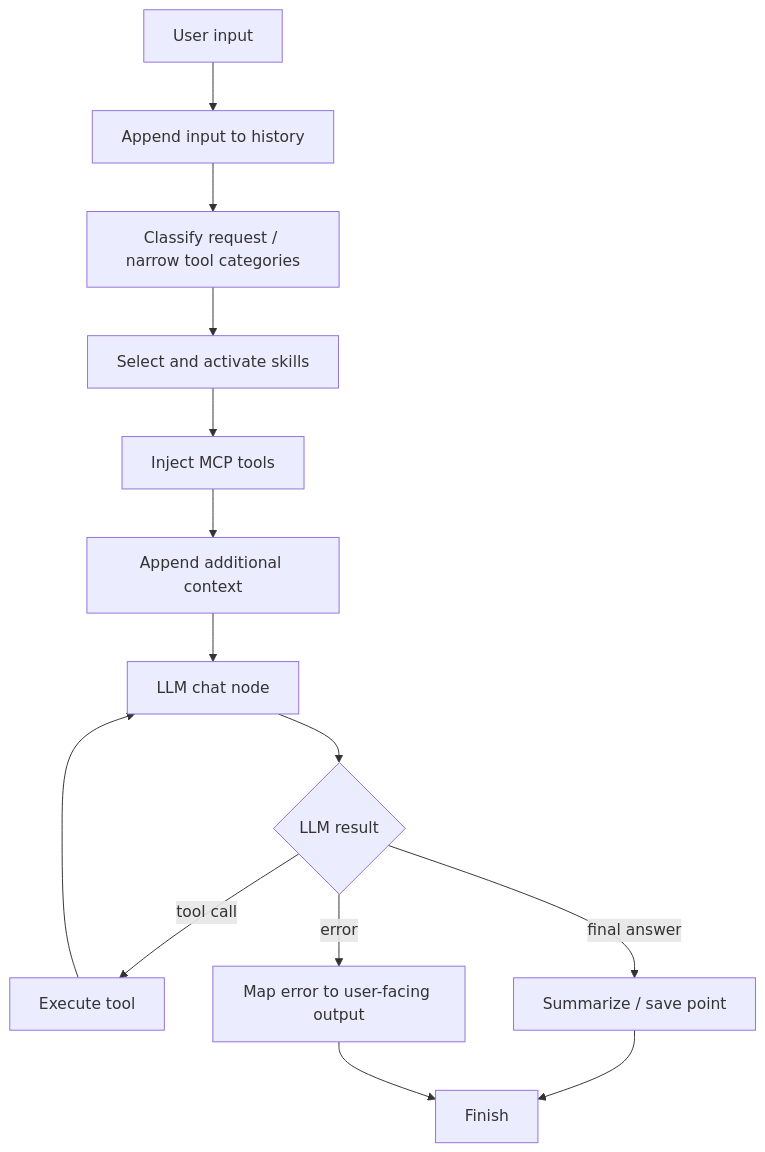
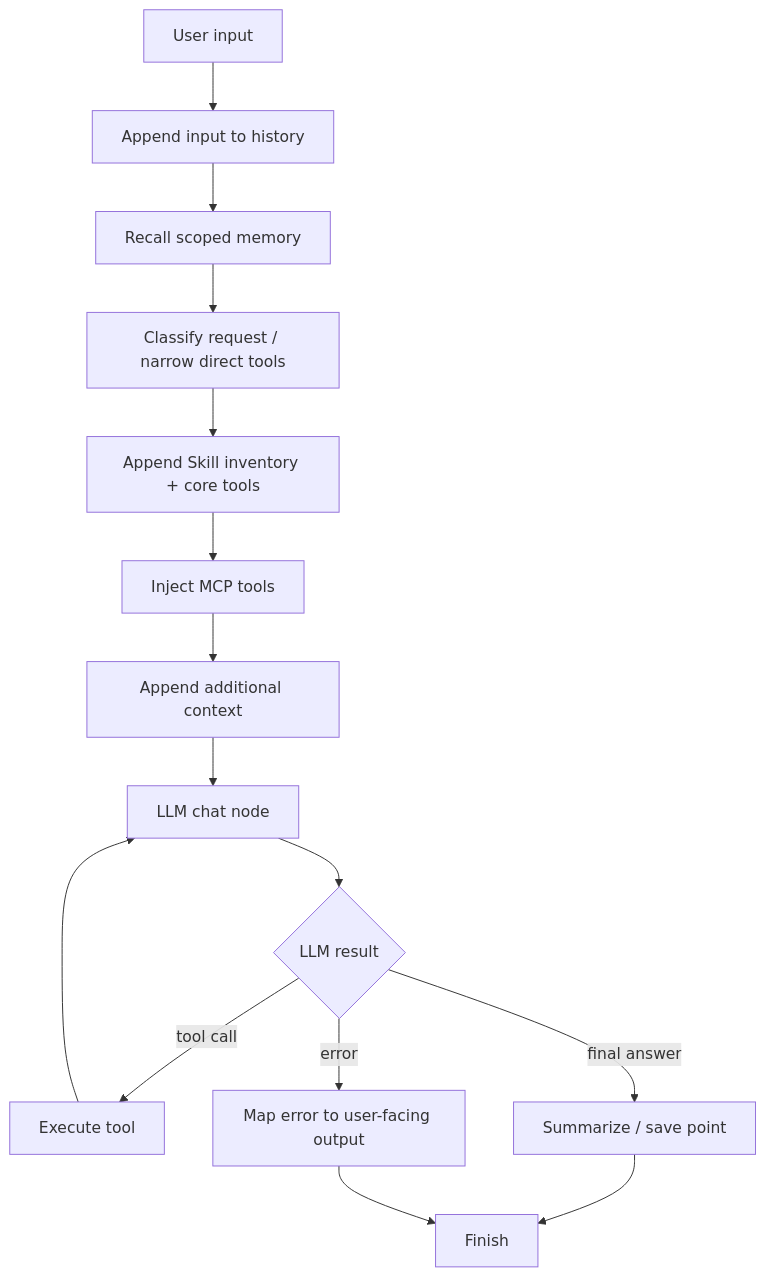
The second of 5 diagrams in README.md (D00mch/souz), drawn with Mermaid before and after one commit. The commit also changed other lines of this file, not shown here.

First line of the commit message:
Update README for current graph skills architecture (#590)

````diff
--- a/README.md
+++ b/README.md
@@ -137,16 +138,17 @@
 ```mermaid
 flowchart TD
     input["User input"] --> history["Append input to history"]
-    history --> classify["Classify request / narrow tool categories"]
-    classify --> skills["Select and activate skills"]
+    history --> memory["Recall scoped memory"]
+    memory --> classify["Classify request / narrow direct tools"]
+    classify --> skills["Append Skill inventory + core tools"]
     skills --> mcp["Inject MCP tools"]
     mcp --> enrich["Append additional context"]
     enrich --> llm["LLM chat node"]
     llm --> decision{"LLM result"}
     decision -->|tool call| tool["Execute tool"]
     tool --> llm
     decision -->|final answer| summary["Summarize / save point"]
     decision -->|error| errorNode["Map error to user-facing output"]
     summary --> finish["Finish"]
     errorNode --> finish
 ```
````
